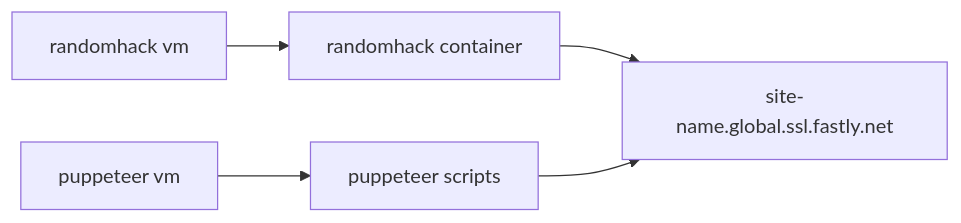
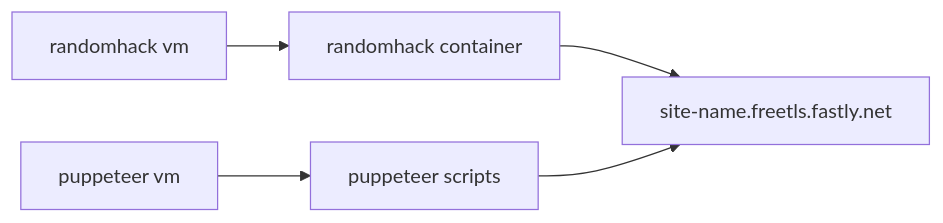
Before and after one commit to jbartus/fastly-magento2-demo: the third of 4 diagrams in README.md, drawn with Mermaid. The commit also changed other lines of this file and 4 other files, not shown here.

````diff
--- a/README.md
+++ b/README.md
@@ -31,7 +31,7 @@
 ```mermaid
 flowchart LR
   rhvm[randomhack vm] --> container[randomhack container]
-  container --> site[site-name.global.ssl.fastly.net]
+  container --> site[site-name.freetls.fastly.net]
   ptvm[puppeteer vm] --> scripts[puppeteer scripts]
   scripts --> site
 ``` 
````
